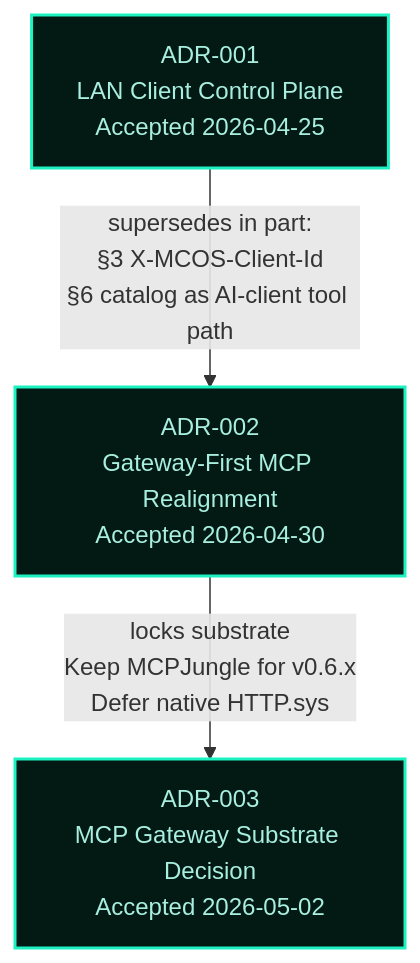
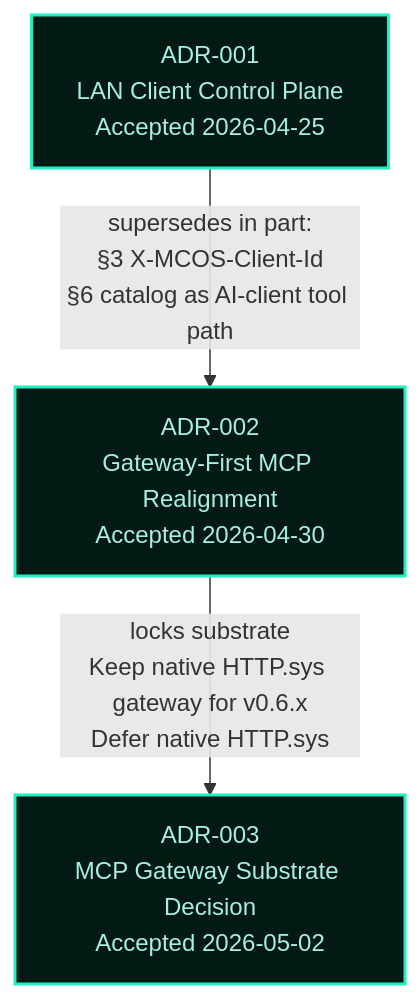
Before and after one commit to flynn33/Master-Control-Orchestration-Server: the first of 3 diagrams in docs/wiki/Architecture-Decisions.md, drawn with Mermaid. The commit also changed other lines of this file and 69 other files, not shown here.

````diff
--- a/docs/wiki/Architecture-Decisions.md
+++ b/docs/wiki/Architecture-Decisions.md
@@ -13,12 +13,12 @@
 ```mermaid
 flowchart TB
     classDef adr fill:#031018,stroke:#00F6FF,color:#E6FCFF,stroke-width:2px;
     classDef accepted fill:#031a14,stroke:#1cf2c1,color:#a8efe0,stroke-width:2px;
 
     A[ADR-001<br/>LAN Client Control Plane<br/>Accepted 2026-04-25]:::accepted
     B[ADR-002<br/>Gateway-First MCP Realignment<br/>Accepted 2026-04-30]:::accepted
     C[ADR-003<br/>MCP Gateway Substrate Decision<br/>Accepted 2026-05-02]:::accepted
 
     A -->|"supersedes in part:<br/>§3 X-MCOS-Client-Id<br/>§6 catalog as AI-client tool path"| B
-    B -->|"locks substrate<br/>Keep MCPJungle for v0.6.x<br/>Defer native HTTP.sys"| C
+    B -->|"locks substrate<br/>Keep native HTTP.sys gateway for v0.6.x<br/>Defer native HTTP.sys"| C
 ```
````
